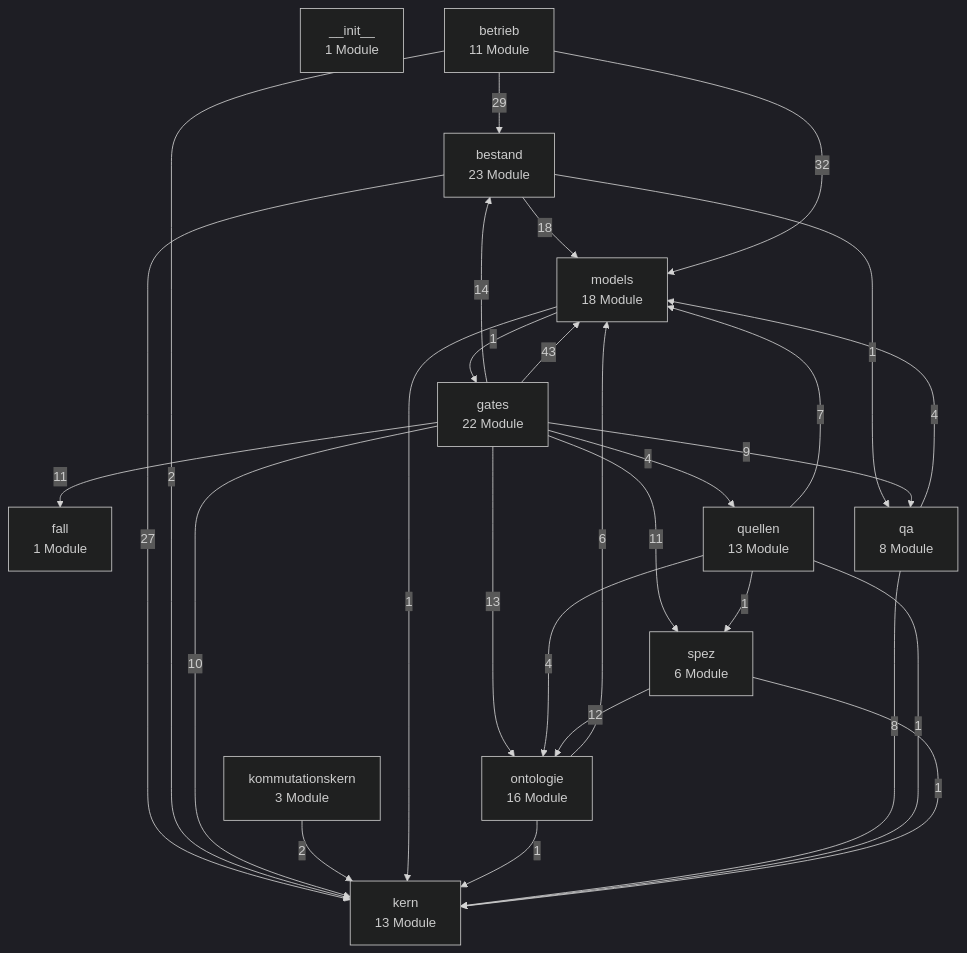
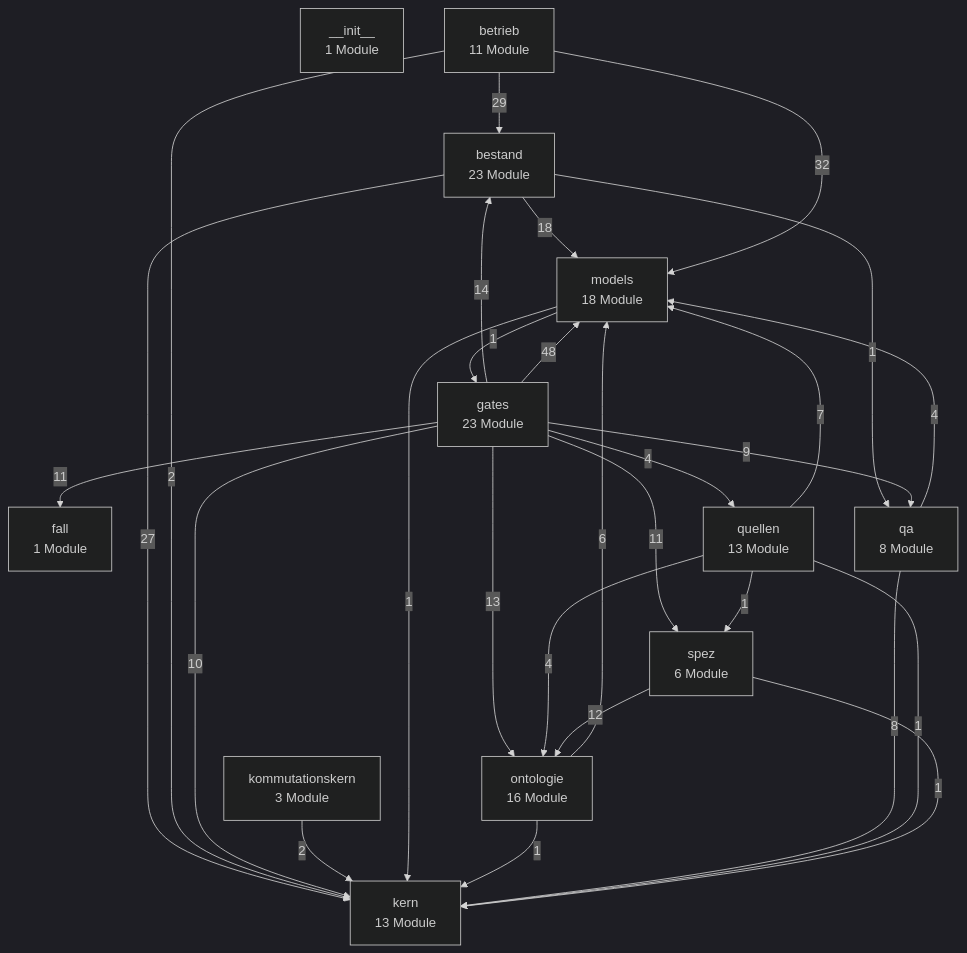
The first of 3 diagrams in docs/architektur/landkarte.md (bartlmac/rechner-pipeline), drawn with Mermaid (dark theme) before and after one commit. The commit also changed other lines of this file and 21 other files, not shown here.

````diff
--- a/docs/architektur/landkarte.md
+++ b/docs/architektur/landkarte.md
@@ -27,43 +27,43 @@
 ```mermaid
 %% Schichten — erzeugt von ontologie.landkarte
 flowchart TD
     n__init__["__init__<br/>1 Module"]
     bestand["bestand<br/>23 Module"]
     betrieb["betrieb<br/>11 Module"]
     fall["fall<br/>1 Module"]
-    gates["gates<br/>22 Module"]
+    gates["gates<br/>23 Module"]
     kern["kern<br/>13 Module"]
     kommutationskern["kommutationskern<br/>3 Module"]
     models["models<br/>18 Module"]
     ontologie["ontologie<br/>16 Module"]
     qa["qa<br/>8 Module"]
     quellen["quellen<br/>13 Module"]
     spez["spez<br/>6 Module"]
     bestand -- 27 --> kern
     bestand -- 18 --> models
     bestand -- 1 --> qa
     betrieb -- 29 --> bestand
     betrieb -- 2 --> kern
     betrieb -- 32 --> models
     gates -- 14 --> bestand
     gates -- 11 --> fall
     gates -- 10 --> kern
-    gates -- 43 --> models
+    gates -- 48 --> models
     gates -- 13 --> ontologie
     gates -- 9 --> qa
     gates -- 4 --> quellen
     gates -- 11 --> spez
     kommutationskern -- 2 --> kern
     models -- 1 --> gates
     models -- 1 --> kern
     ontologie -- 1 --> kern
     ontologie -- 6 --> models
     qa -- 8 --> kern
     qa -- 4 --> models
     quellen -- 1 --> kern
     quellen -- 7 --> models
     quellen -- 4 --> ontologie
     quellen -- 1 --> spez
     spez -- 1 --> kern
     spez -- 12 --> ontologie
 ```
````
